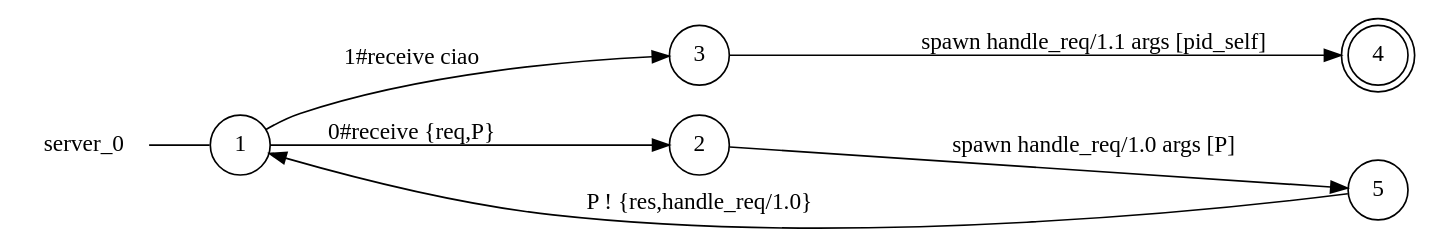
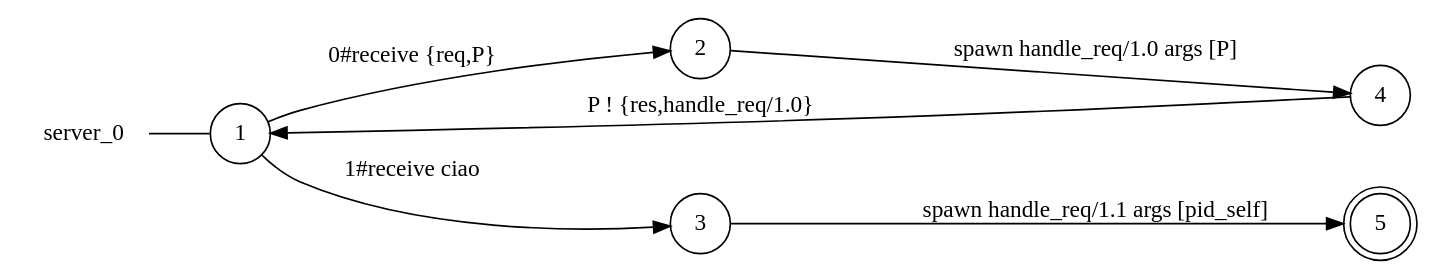
The diagram in examples/serverclient/server_0_local_view.dot (gabrielegenovese/chorer), drawn with Graphviz before and after one commit. The commit also changed 203 other files, not shown here.

```diff
--- a/examples/serverclient/server_0_local_view.dot
+++ b/examples/serverclient/server_0_local_view.dot
@@ -1,16 +1,16 @@
 digraph server_0 {
 	rankdir="LR";
 	n_0 [label="server_0", shape="plaintext"];
-	n_1 [id="1", shape=circle, label="1"];
-	n_0 -> n_1 [arrowhead=none];
-	n_2 [id="4", shape=circle, label="3"];
-	n_3 [id="6", shape=circle, label="5"];
-	n_4 [id="3", shape=doublecircle, label="4"];
-	n_5 [id="2", shape=circle, label="2"];
+	n_1 [id="4", shape=circle, label="4"];
+	n_2 [id="3", shape=circle, label="3"];
+	n_3 [id="2", shape=circle, label="2"];
+	n_4 [id="5", shape=doublecircle, label="5"];
+	n_5 [id="1", shape=circle, label="1"];
+	n_0 -> n_5 [arrowhead=none];
 
-	n_3 -> n_1 [id="[$e|7]", label="P ! {res,handle_req/1.0}"];
-	n_5 -> n_3 [id="[$e|2]", label="spawn handle_req/1.0 args [P]"];
-	n_1 -> n_2 [id="[$e|4]", label="1#receive ciao"];
-	n_2 -> n_4 [id="[$e|1]", label="spawn handle_req/1.1 args [pid_self]"];
-	n_1 -> n_5 [id="[$e|3]", label="0#receive {req,P}"];
+	n_5 -> n_2 [id="[$e|1]", label="1#receive ciao"];
+	n_5 -> n_3 [id="[$e|0]", label="0#receive {req,P}"];
+	n_3 -> n_1 [id="[$e|2]", label="spawn handle_req/1.0 args [P]"];
+	n_2 -> n_4 [id="[$e|3]", label="spawn handle_req/1.1 args [pid_self]"];
+	n_1 -> n_5 [id="[$e|7]", label="P ! {res,handle_req/1.0}"];
 }
```
